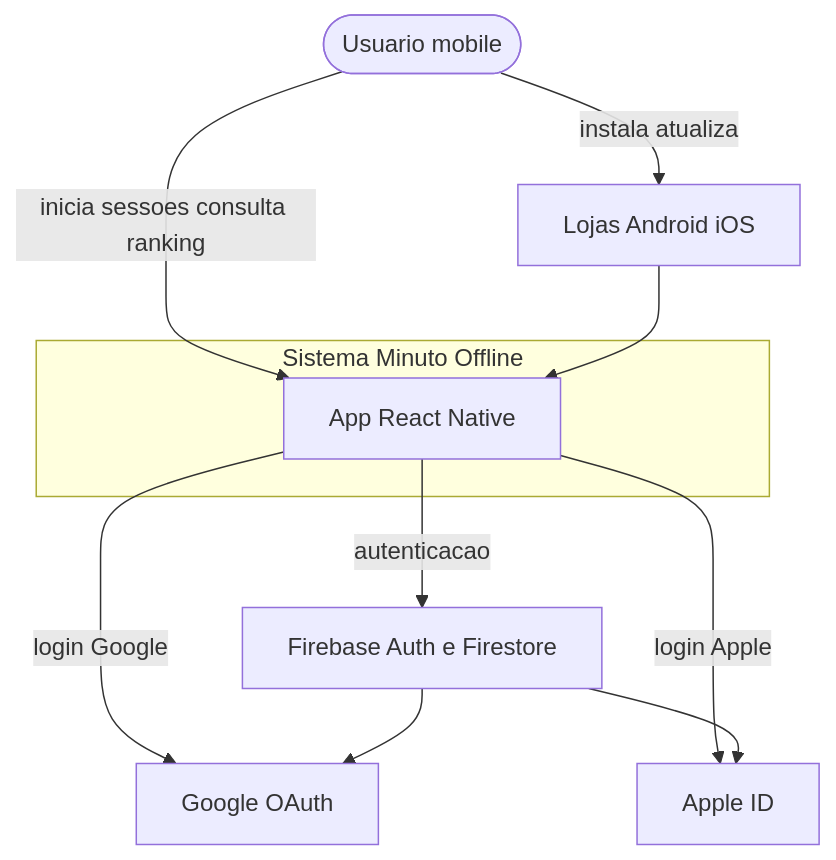
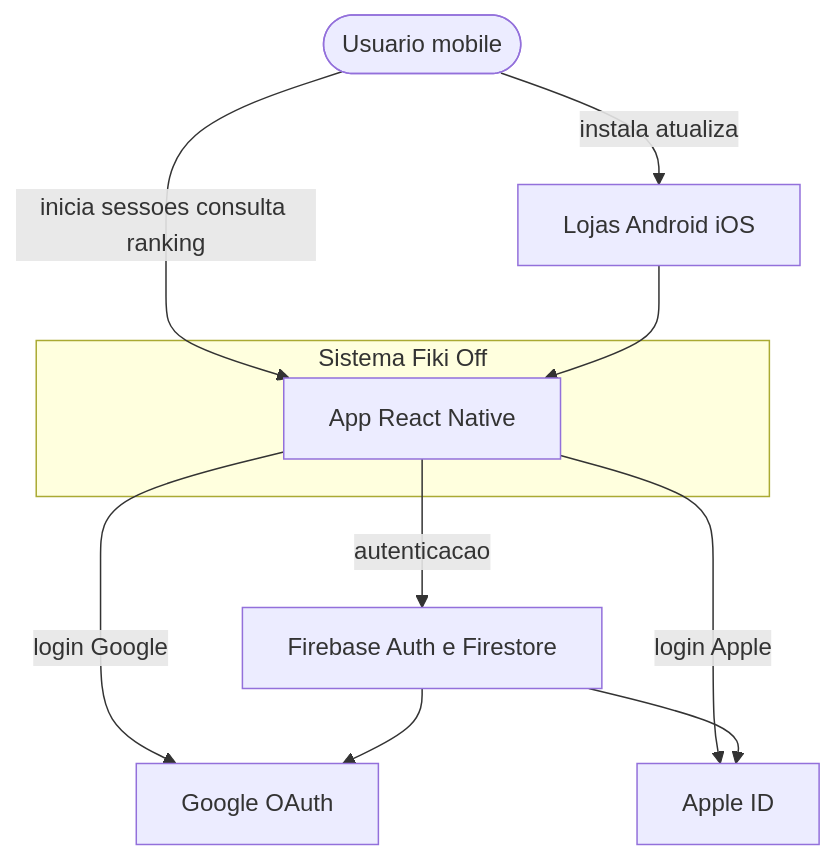
One commit to AdrianeSantosDev/FikiOff changed the diagram in docs/architecture/c4/context.md. Above: the diagram before and after it, drawn with Mermaid. The commit also changed other lines of this file and 65 other files, not shown here.

````diff
--- a/docs/architecture/c4/context.md
+++ b/docs/architecture/c4/context.md
@@ -9,22 +9,22 @@
 ```mermaid
 flowchart TB
   User([Usuario mobile])
 
-  subgraph system [Sistema Minuto Offline]
+  subgraph system [Sistema Fiki Off]
     App[App React Native]
   end
 
   Google[Google OAuth]
   Apple[Apple ID]
   Firebase[Firebase Auth e Firestore]
   Stores[Lojas Android iOS]
 
   User -->|inicia sessoes consulta ranking| App
   App -->|autenticacao| Firebase
   App -->|login Google| Google
   App -->|login Apple| Apple
   Firebase --> Google
   Firebase --> Apple
   User -->|instala atualiza| Stores
   Stores --> App
 ```
````
